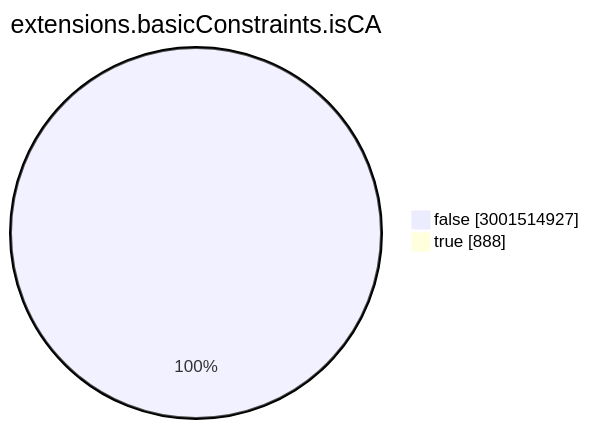
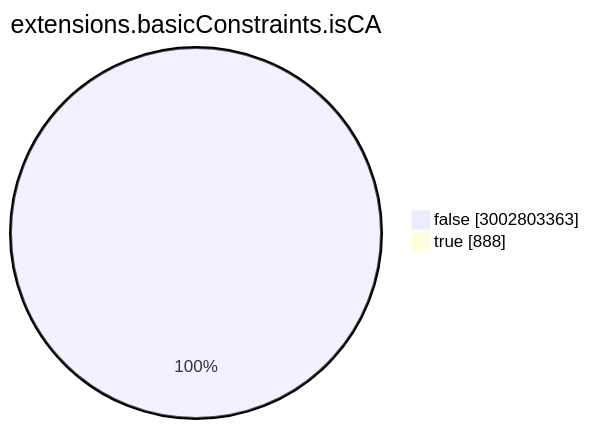
Before and after one commit to christiankrug/ctmonitor_visualization: the seventh of 15 diagrams in TOTAL/README.md, drawn with Mermaid. The commit also changed other lines of this file, not shown here.

````diff
--- a/TOTAL/README.md
+++ b/TOTAL/README.md
@@ -3079,6 +3080,6 @@
 ```mermaid
 pie showData
 title extensions.basicConstraints.isCA
-"false" :3001514927
+"false" :3002803363
 "true" :888
 ```
````
